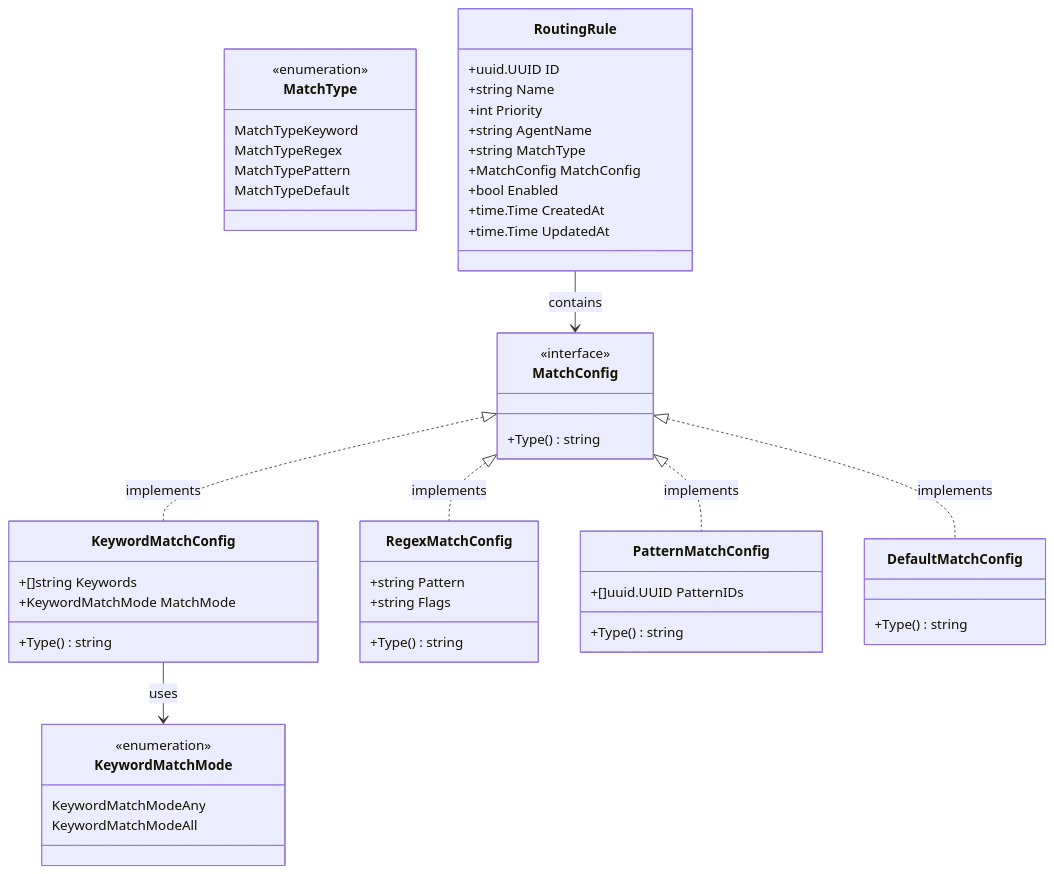
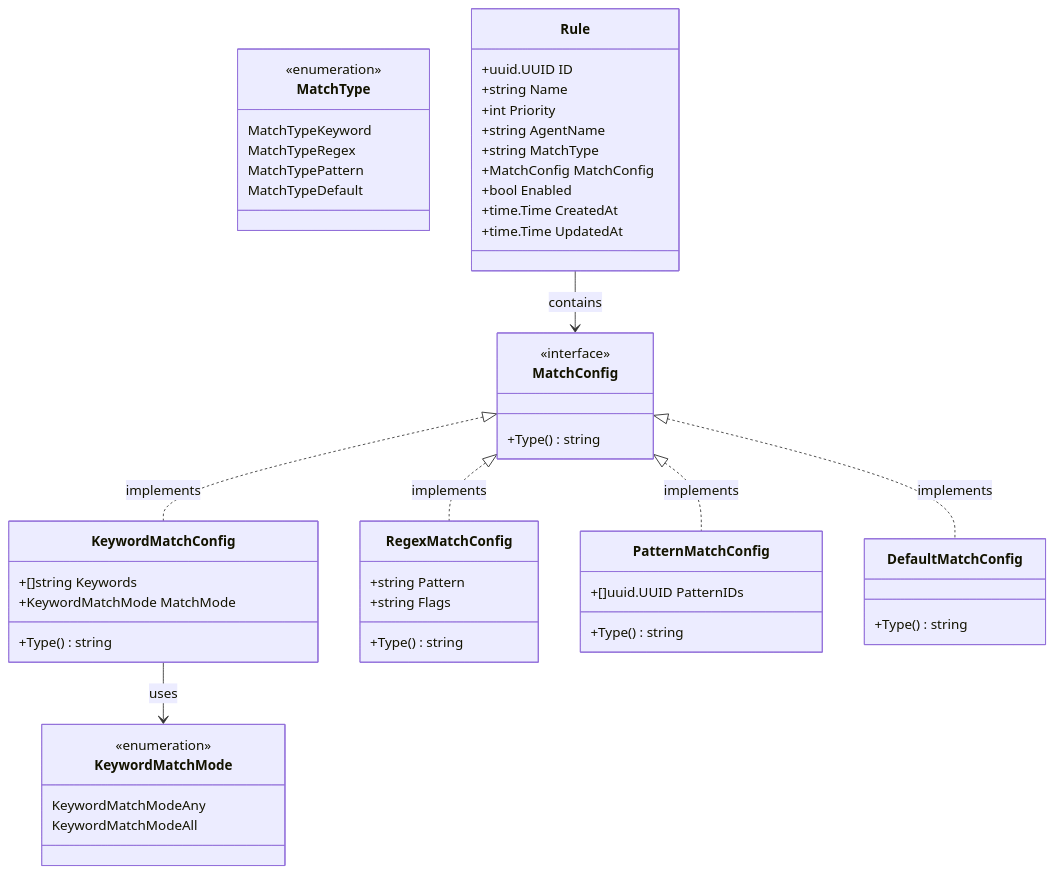
The fourth of 19 diagrams in docs/design/routing-engine.md (twistingmercury/mnemonic-mcp), drawn with Mermaid before and after one commit. The commit also changed other lines of this file and 33 other files, not shown here.

````diff
--- a/docs/design/routing-engine.md
+++ b/docs/design/routing-engine.md
@@ -217,61 +217,61 @@
 ```mermaid
 classDiagram
     class MatchType {
         <<enumeration>>
         MatchTypeKeyword
         MatchTypeRegex
         MatchTypePattern
         MatchTypeDefault
     }
 
-    class RoutingRule {
+    class Rule {
         +uuid.UUID ID
         +string Name
         +int Priority
         +string AgentName
         +string MatchType
         +MatchConfig MatchConfig
         +bool Enabled
         +time.Time CreatedAt
         +time.Time UpdatedAt
     }
 
     class MatchConfig {
         <<interface>>
         +Type() string
     }
 
     class KeywordMatchConfig {
         +[]string Keywords
         +KeywordMatchMode MatchMode
         +Type() string
     }
 
     class KeywordMatchMode {
         <<enumeration>>
         KeywordMatchModeAny
         KeywordMatchModeAll
     }
 
     class RegexMatchConfig {
         +string Pattern
         +string Flags
         +Type() string
     }
 
     class PatternMatchConfig {
         +[]uuid.UUID PatternIDs
         +Type() string
     }
 
     class DefaultMatchConfig {
         +Type() string
     }
 
-    RoutingRule --> MatchConfig : contains
+    Rule --> MatchConfig : contains
     MatchConfig <|.. KeywordMatchConfig : implements
     MatchConfig <|.. RegexMatchConfig : implements
     MatchConfig <|.. PatternMatchConfig : implements
     MatchConfig <|.. DefaultMatchConfig : implements
     KeywordMatchConfig --> KeywordMatchMode : uses
 ```
````
